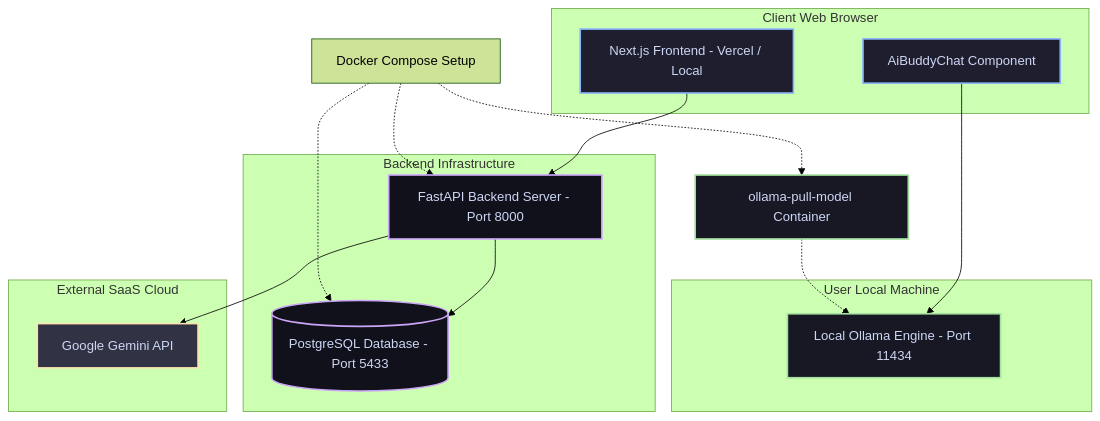
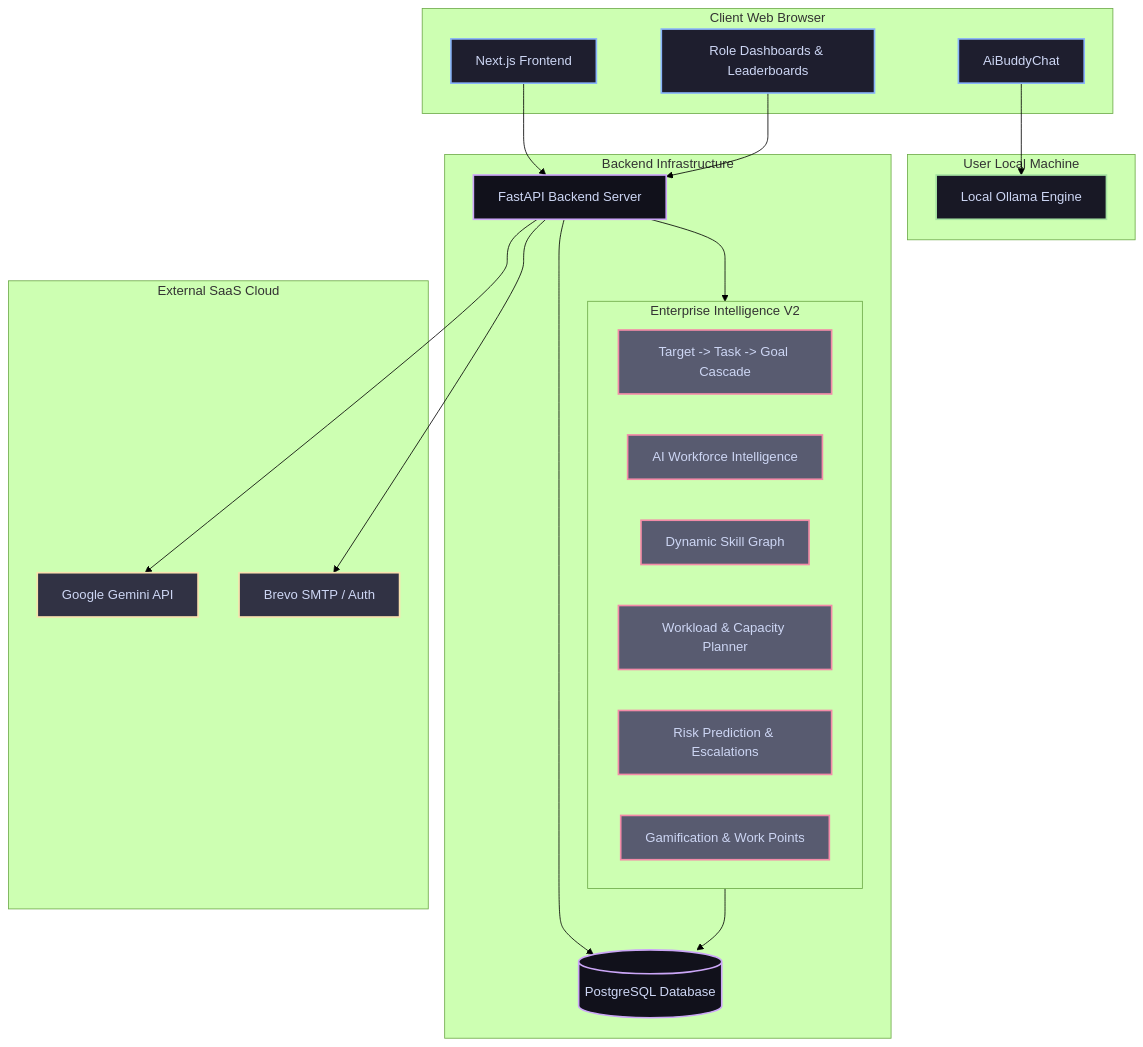
One commit to beastspirit2005/GoalForge_Ai- changed the diagram in README.md. Above: the diagram before and after it, drawn with Mermaid (forest theme). The commit also changed other lines of this file, not shown here.

Commit message:
docs: update architecture diagram and Enterprise V2 features

````diff
--- a/README.md
+++ b/README.md
@@ -29,45 +29,57 @@
 ```mermaid
 graph TD
     subgraph Client_Browser [Client Web Browser]
-        UI[Next.js Frontend - Vercel / Local]
-        Chat[AiBuddyChat Component]
+        UI[Next.js Frontend]
+        Chat[AiBuddyChat]
+        Dashboards[Role Dashboards & Leaderboards]
     end
 
     subgraph Local_Machine [User Local Machine]
-        Ollama[Local Ollama Engine - Port 11434]
+        Ollama[Local Ollama Engine]
     end
 
     subgraph Backend_Services [Backend Infrastructure]
-        Backend[FastAPI Backend Server - Port 8000]
-        DB[(PostgreSQL Database - Port 5433)]
+        Backend[FastAPI Backend Server]
+        DB[(PostgreSQL Database)]
+        
+        subgraph Enterprise_Engines [Enterprise Intelligence V2]
+            TargetCascade[Target -> Task -> Goal Cascade]
+            WorkforceAI[AI Workforce Intelligence]
+            SkillGraph[Dynamic Skill Graph]
+            Workload[Workload & Capacity Planner]
+            RiskPred[Risk Prediction & Escalations]
+            Gamification[Gamification & Work Points]
+        end
+        
+        Backend --> Enterprise_Engines
+        Enterprise_Engines --> DB
     end
 
     subgraph Cloud_APIs [External SaaS Cloud]
         Gemini[Google Gemini API]
+        Brevo[Brevo SMTP / Auth]
     end
 
     %% Client Interactions
     UI --> Backend
     Chat --> Ollama
+    Dashboards --> Backend
     
     %% Backend Connections
     Backend --> DB
     Backend --> Gemini
+    Backend --> Brevo
     
-    %% Local docker orchestration
-    DockerCompose[Docker Compose Setup] -.-> Backend
-    DockerCompose -.-> DB
-    DockerCompose -.-> PullModel[ollama-pull-model Container]
-    PullModel -.-> Ollama
-
     %% Styles
     classDef client fill:#1e1e2e,stroke:#89b4fa,stroke-width:2px,color:#cdd6f4;
     classDef local fill:#181825,stroke:#a6e3a1,stroke-width:2px,color:#cdd6f4;
     classDef backend fill:#11111b,stroke:#cba6f7,stroke-width:2px,color:#cdd6f4;
     classDef cloud fill:#313244,stroke:#f9e2af,stroke-width:2px,color:#cdd6f4;
+    classDef engine fill:#585b70,stroke:#f38ba8,stroke-width:2px,color:#cdd6f4;
     
-    class UI,Chat client;
-    class Ollama,PullModel local;
+    class UI,Chat,Dashboards client;
+    class Ollama local;
     class Backend,DB backend;
-    class Gemini cloud;
+    class Gemini,Brevo cloud;
+    class TargetCascade,WorkforceAI,SkillGraph,Workload,RiskPred,Gamification engine;
 ```
````
